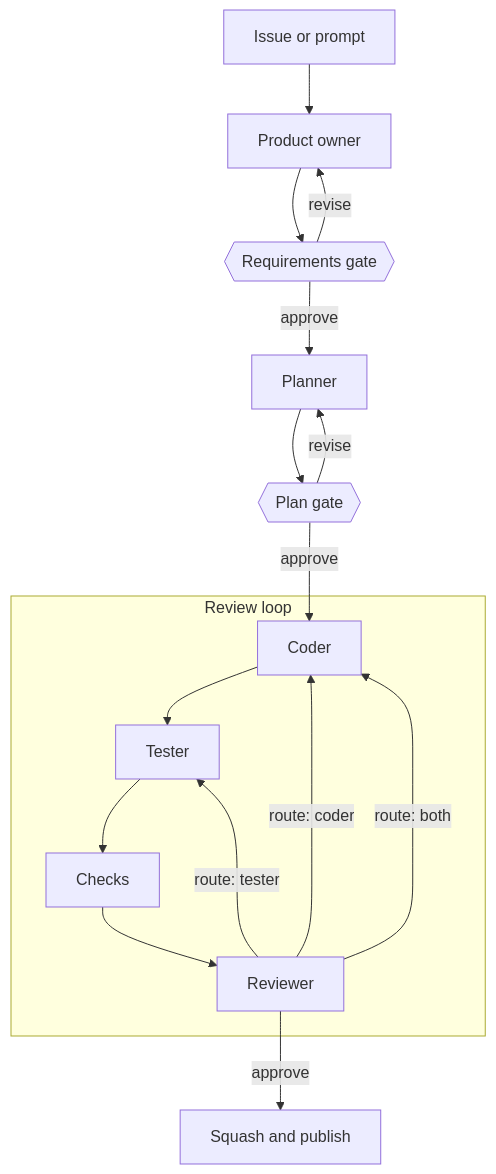
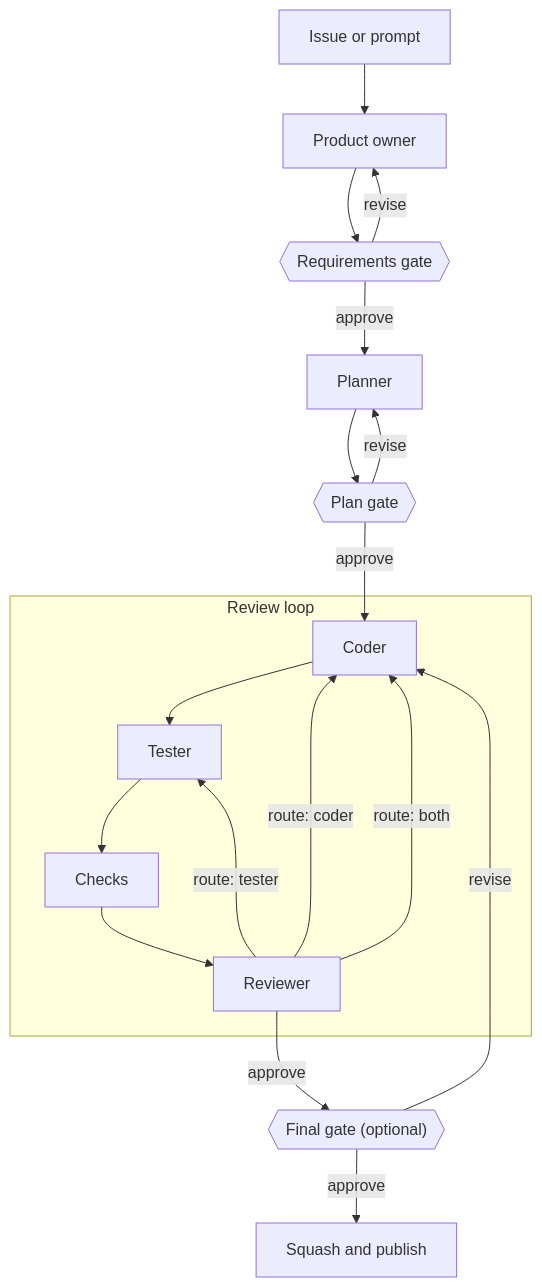
Before and after one commit to patrickhofmann0/agent-conductor: the first of 2 diagrams in docs/guide/concepts.md, drawn with Mermaid. The commit also changed other lines of this file and 3 other files, not shown here.

Commit message:
docs: describe the final gate

````diff
--- a/docs/guide/concepts.md
+++ b/docs/guide/concepts.md
@@ -12,19 +12,21 @@
 ```mermaid
 flowchart TD
     input[Issue or prompt] --> po[Product owner]
     po --> g1{{Requirements gate}}
     g1 -- revise --> po
     g1 -- approve --> planner[Planner]
     planner --> g2{{Plan gate}}
     g2 -- revise --> planner
     g2 -- approve --> coder
     subgraph loop[Review loop]
         coder[Coder] --> tester[Tester]
         tester --> checks[Checks]
         checks --> reviewer[Reviewer]
         reviewer -- "route: coder" --> coder
         reviewer -- "route: tester" --> tester
         reviewer -- "route: both" --> coder
     end
-    reviewer -- approve --> finalize[Squash and publish]
+    reviewer -- approve --> g3{{"Final gate (optional)"}}
+    g3 -- revise --> coder
+    g3 -- approve --> finalize[Squash and publish]
 ```
````
